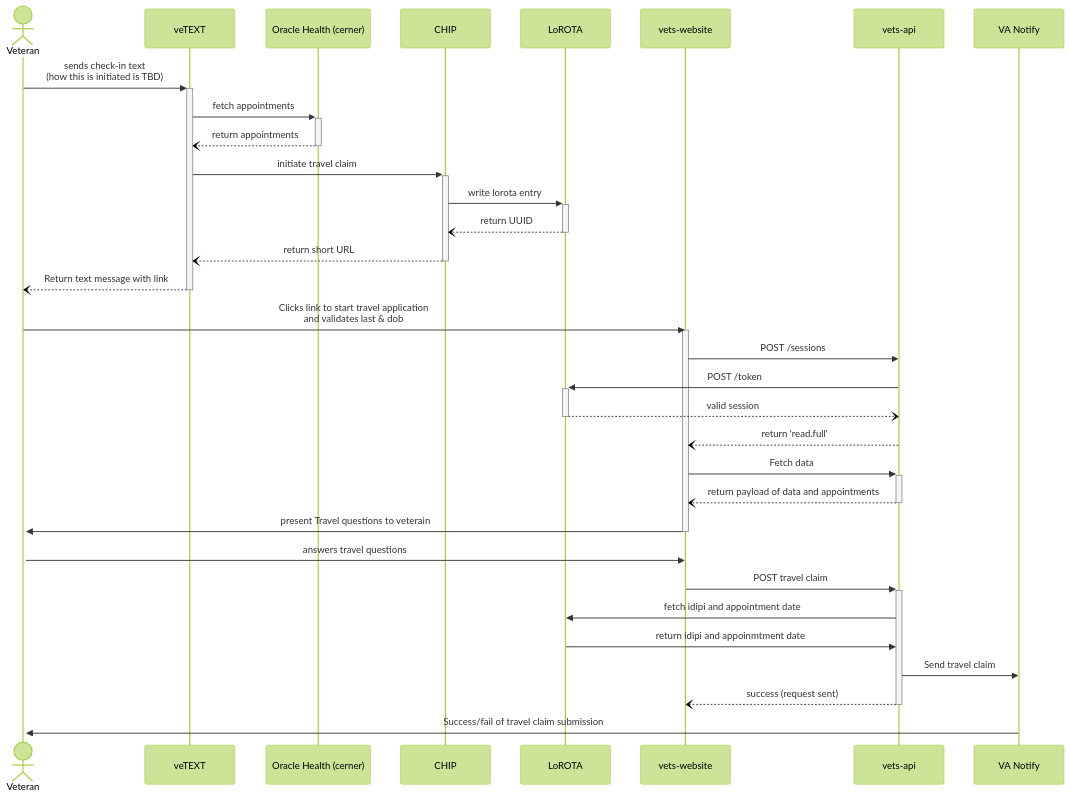
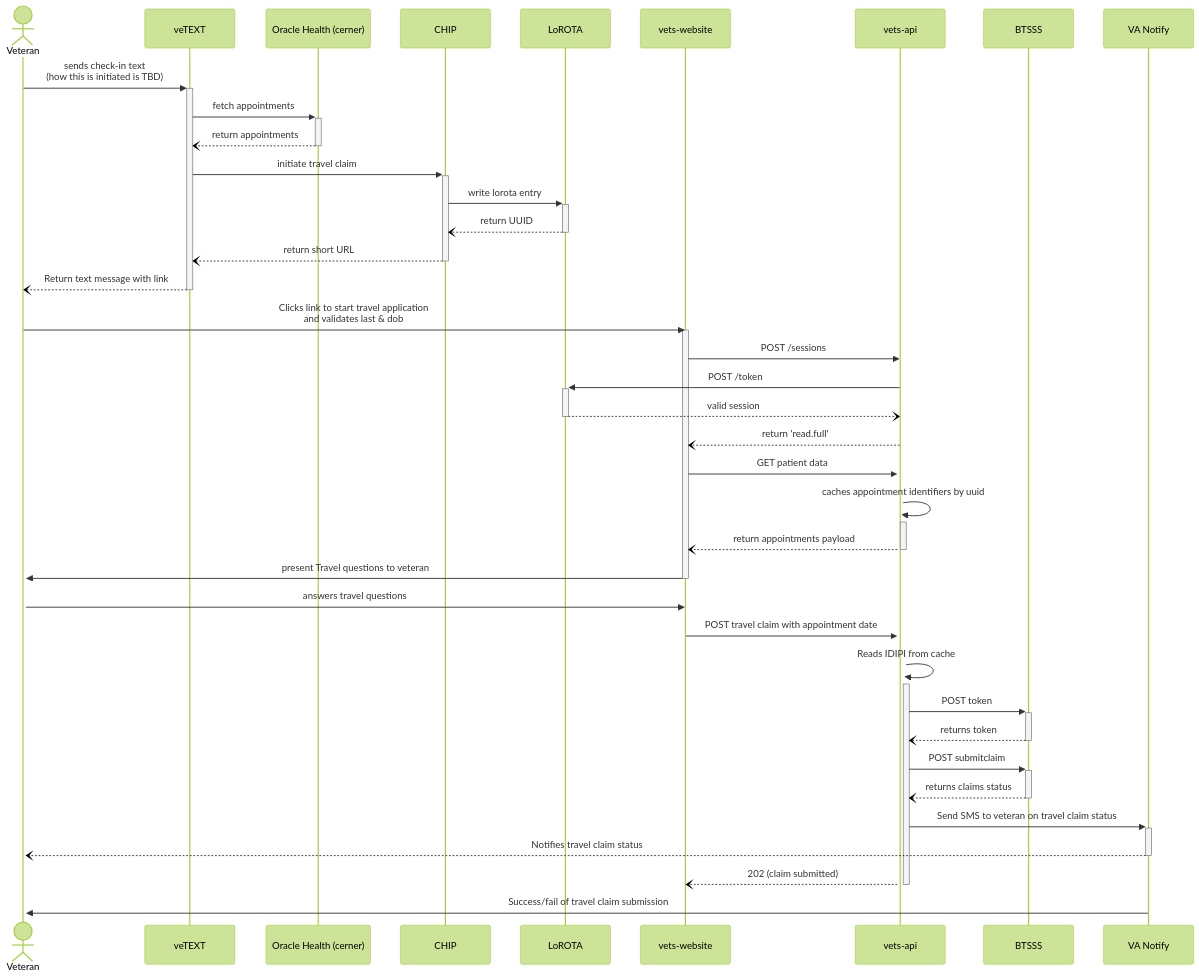
The diagram in products/health-care/checkin/engineering/travel-only-app-for-OH.md (department-of-veterans-affairs/va.gov-team), drawn with Mermaid (forest theme) before and after one commit.

Commit message:
Modifying sequence diagram

````diff
--- a/products/health-care/checkin/engineering/travel-only-app-for-OH.md
+++ b/products/health-care/checkin/engineering/travel-only-app-for-OH.md
@@ -15,36 +15,42 @@
 ```mermaid
 sequenceDiagram
     actor vet as Veteran
     participant ve as veTEXT
     participant ce as Oracle Health (cerner)
     participant ch as CHIP
     participant l as LoROTA
     participant web as vets-website
     participant api as vets-api
+    participant btsss as BTSSS
     participant vn as VA Notify
         vet->>+ve: sends check-in text<br /> (how this is initiated is TBD)
         ve->>+ce: fetch appointments 
         ce--)-ve: return appointments
         ve->>+ch: initiate travel claim
         ch->>+l: write lorota entry
         l--)-ch: return UUID
         ch--)-ve: return short URL
         ve--)-vet: Return text message with link
         vet->>web: Clicks link to start travel application <br> and validates last & dob
         activate web
         web->>api: POST /sessions
         api->>+l: POST /token
         l--)-api: valid session
         api--)web: return 'read.full'
-        web->>+api: Fetch data
-        api--)-web: return payload of data and appointments
-        web->>+vet: present Travel questions to veterain
+        web->>+api: GET patient data
+        api->>+api: caches appointment identifiers by uuid
+        api--)-web: return appointments payload
+        web->>+vet: present Travel questions to veteran
         deactivate web
         vet->>web: answers travel questions
-        web->>+api: POST travel claim
-        api->>l: fetch idipi and appointment date
-        l->>api: return idipi and appoinmtment date
-        api->>vn: Send travel claim
-        api--)-web: success (request sent)
+        web->>+api: POST travel claim with appointment date
+        api->>+api:  Reads IDIPI from cache
+        api->>+btsss: POST token
+        btsss--)-api: returns token
+        api->>+btsss: POST submitclaim
+        btsss--)-api: returns claims status
+        api->>+vn: Send SMS to veteran on travel claim status
+        vn--)-vet: Notifies travel claim status
+        api--)-web: 202 (claim submitted)
         vn->>vet: Success/fail of travel claim submission
 ```
````
